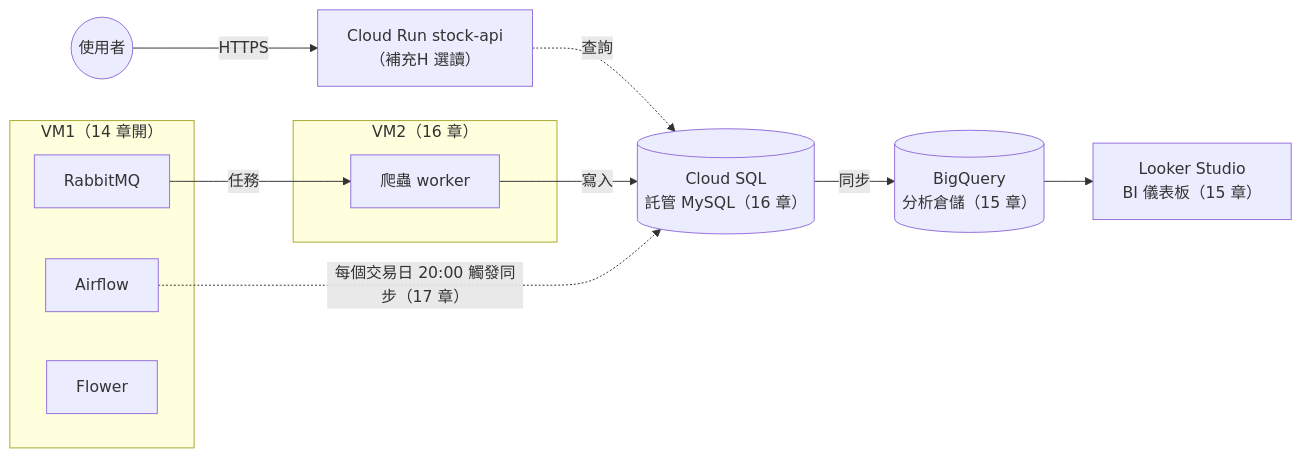
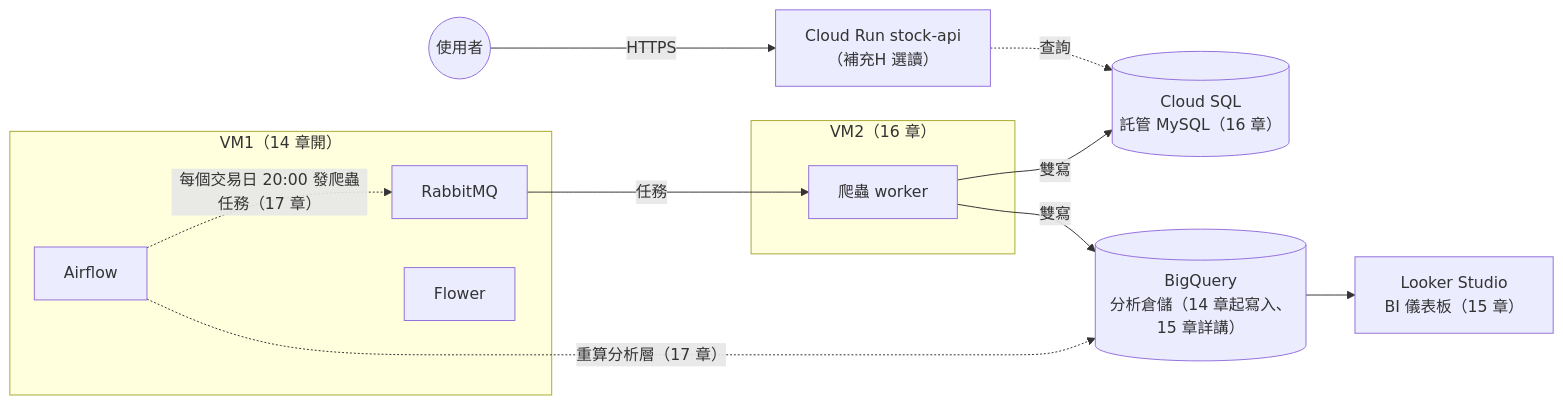
One commit to lu791019/stock-crawler-de-course-materials changed the second of 2 diagrams in 課程手冊/課程手冊14 - GCP開通與雲端部署.md. Above: the diagram before and after it, drawn with Mermaid. The commit also changed other lines of this file and 2 other files, not shown here.

Commit message:
docs: 手冊14 對齊雙寫——F-2 建 VM 加 --scopes=cloud-platform＋VM 身分說明、新增兩種憑證對照表（金鑰=GCP外/VM身分=GCP內）、H-3 up 指令注入 GCP_PROJECT_ID＋雙寫預告、H-4 新增 Step 8 BQ 驗證；全段地圖/階段圖/IAM 表/Part D/總結同步改（VM 驗證 gcloud project 與 bq 指令）

````diff
--- a/課程手冊/課程手冊14 - GCP開通與雲端部署.md
+++ b/課程手冊/課程手冊14 - GCP開通與雲端部署.md
@@ -198,18 +198,19 @@
 ```mermaid
 flowchart LR
     U(("使用者")) -->|HTTPS| CR["Cloud Run stock-api<br/>（補充H 選讀）"]
     CR -.->|查詢| SQL
     subgraph VM1["VM1（14 章開）"]
         AF["Airflow"]
         MQ["RabbitMQ"]
         FL["Flower"]
     end
     subgraph VM2["VM2（16 章）"]
         W["爬蟲 worker"]
     end
     MQ -->|任務| W
-    W -->|寫入| SQL[("Cloud SQL<br/>託管 MySQL（16 章）")]
-    AF -.->|"每個交易日 20:00 觸發同步（17 章）"| SQL
-    SQL -->|同步| BQ[("BigQuery<br/>分析倉儲（15 章）")]
+    W -->|雙寫| SQL[("Cloud SQL<br/>託管 MySQL（16 章）")]
+    W -->|雙寫| BQ[("BigQuery<br/>分析倉儲（14 章起寫入、15 章詳講）")]
+    AF -.->|"每個交易日 20:00 發爬蟲任務（17 章）"| MQ
+    AF -.->|"重算分析層（17 章）"| BQ
     BQ --> LS["Looker Studio<br/>BI 儀表板（15 章）"]
 ```
````
